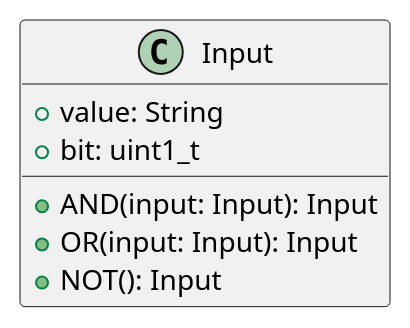
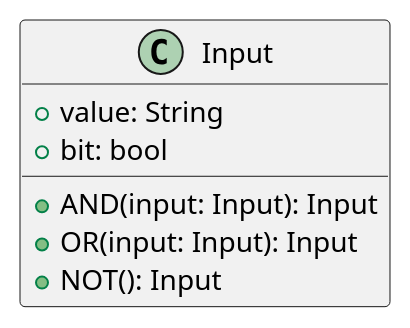
Before and after one commit to brunofrancoucu/p2-logic-gates: the diagram in docs/arch.puml, drawn with PlantUML. The commit also changed 2 other files, not shown here.

```diff
--- a/docs/arch.puml
+++ b/docs/arch.puml
@@ -1,17 +1,17 @@
 @startuml
 
 class Input {
   +value: String
-  +bit: uint1_t
+  +bit: bool
   +AND(input: Input): Input
   +OR(input: Input): Input
   +NOT(): Input
 }
 
 ' b = new Input("C")
 ' c = new Input("B")
 ' a = new Input("A")
 
 ' a.AND(b).OR(c).NOT().bit
 
 @enduml
```
